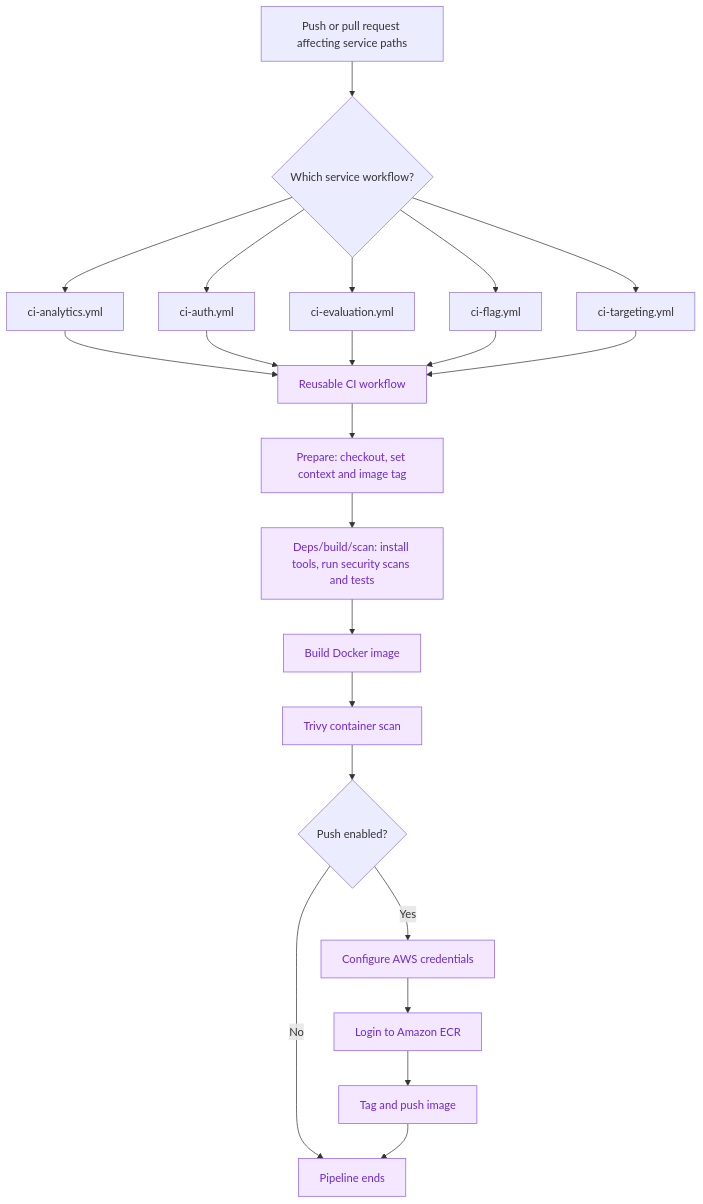
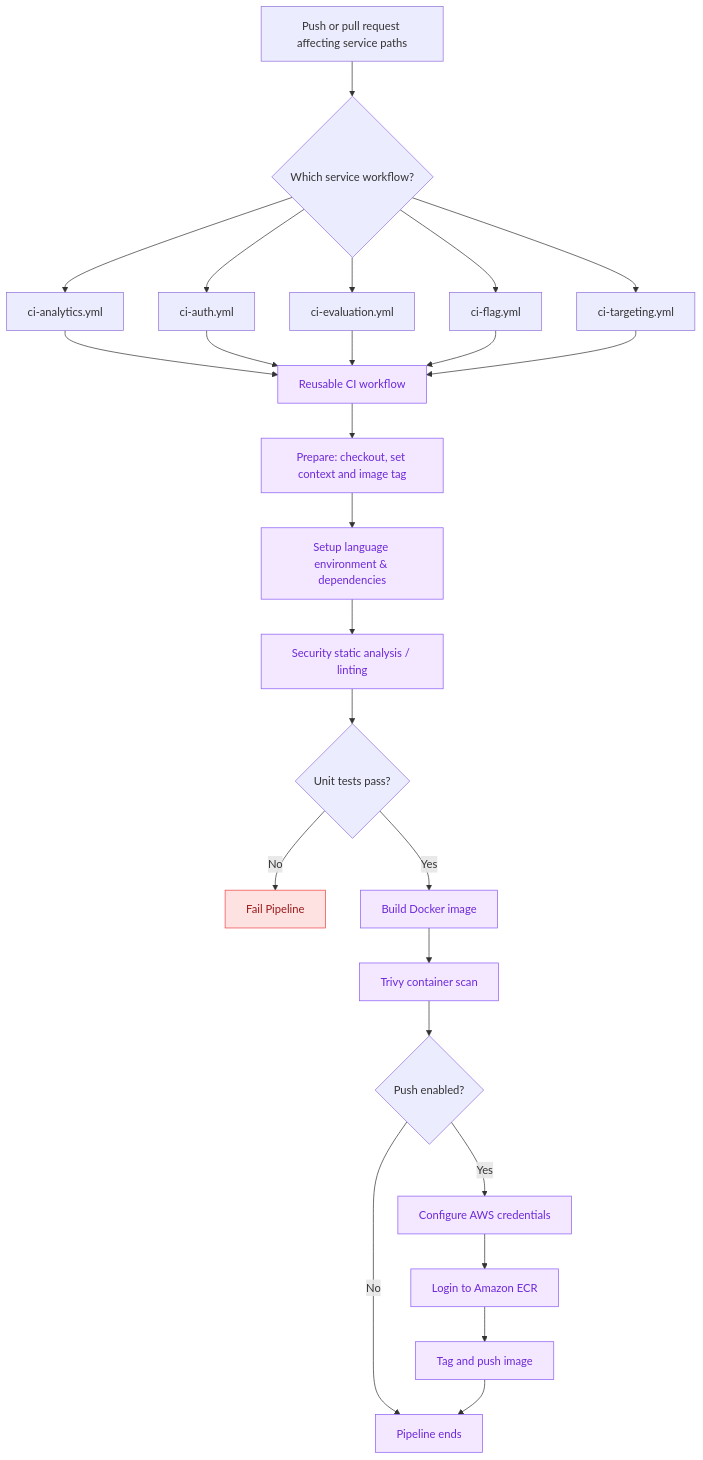
The second of 3 diagrams in docs/mermaid-service-flow.md (castilhoarth/tech-challenge-3), drawn with Mermaid before and after one commit. The commit also changed other lines of this file and 15 other files, not shown here.

Commit message:
Adding tests to services and pipeline

````diff
--- a/docs/mermaid-service-flow.md
+++ b/docs/mermaid-service-flow.md
@@ -30,29 +30,36 @@
 ```mermaid
 flowchart TD
     A[Push or pull request affecting service paths] --> B{Which service workflow?}
     B --> C[ci-analytics.yml]
     B --> D[ci-auth.yml]
     B --> E[ci-evaluation.yml]
     B --> F[ci-flag.yml]
     B --> G[ci-targeting.yml]
 
     C --> H[Reusable CI workflow]
     D --> H
     E --> H
     F --> H
     G --> H
 
     H --> I[Prepare: checkout, set context and image tag]
-    I --> J[Deps/build/scan: install tools, run security scans and tests]
-    J --> K[Build Docker image]
+    I --> J1[Setup language environment & dependencies]
+    J1 --> J2[Security static analysis / linting]
+    J2 --> J3{Unit tests pass?}
+    
+    J3 -->|No| R[Fail Pipeline]
+    J3 -->|Yes| K[Build Docker image]
+    
     K --> L[Trivy container scan]
     L --> M{Push enabled?}
     M -->|Yes| N[Configure AWS credentials]
     N --> O[Login to Amazon ECR]
     O --> P[Tag and push image]
     M -->|No| Q[Pipeline ends]
     P --> Q
 
     classDef step fill:#f3e8ff,stroke:#8b5cf6,color:#6d28d9;
-    class H,I,J,K,L,N,O,P,Q step;
+    classDef fail fill:#fee2e2,stroke:#ef4444,color:#991b1b;
+    class H,I,J1,J2,K,L,N,O,P,Q step;
+    class R fail;
 ```
````
